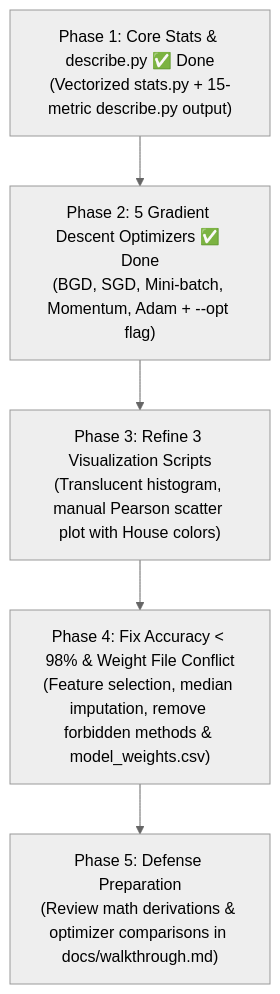
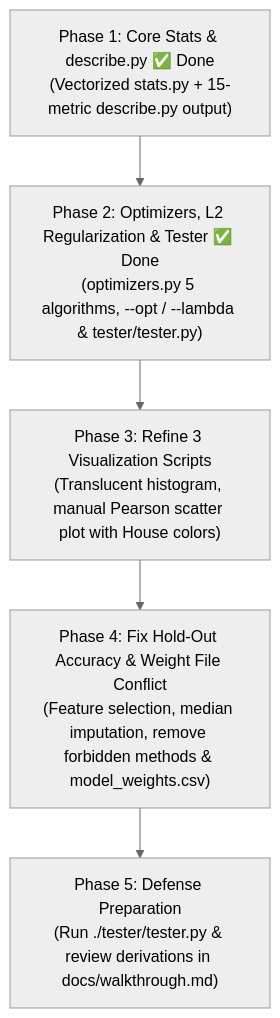
The second of 2 diagrams in docs/TODO.md (GauChau/dslr), drawn with Mermaid (neutral theme) before and after one commit. The commit also changed other lines of this file and 5 other files, not shown here.

Commit message:
Added tester and improved flag

````diff
--- a/docs/TODO.md
+++ b/docs/TODO.md
@@ -298,7 +305,7 @@
 ```mermaid
 flowchart TD
-    A["Phase 1: Core Stats & describe.py ✅ Done<br>(Vectorized stats.py + 15-metric describe.py output)"] --> B["Phase 2: 5 Gradient Descent Optimizers ✅ Done<br>(BGD, SGD, Mini-batch, Momentum, Adam + --opt flag)"]
+    A["Phase 1: Core Stats & describe.py ✅ Done<br>(Vectorized stats.py + 15-metric describe.py output)"] --> B["Phase 2: Optimizers, L2 Regularization & Tester ✅ Done<br>(optimizers.py 5 algorithms, --opt / --lambda & tester/tester.py)"]
     B --> C["Phase 3: Refine 3 Visualization Scripts<br>(Translucent histogram, manual Pearson scatter plot with House colors)"]
-    C --> D["Phase 4: Fix Accuracy < 98% & Weight File Conflict<br>(Feature selection, median imputation, remove forbidden methods & model_weights.csv)"]
-    D --> E["Phase 5: Defense Preparation<br>(Review math derivations & optimizer comparisons in docs/walkthrough.md)"]
+    C --> D["Phase 4: Fix Hold-Out Accuracy & Weight File Conflict<br>(Feature selection, median imputation, remove forbidden methods & model_weights.csv)"]
+    D --> E["Phase 5: Defense Preparation<br>(Run ./tester/tester.py & review derivations in docs/walkthrough.md)"]
 ```
````
